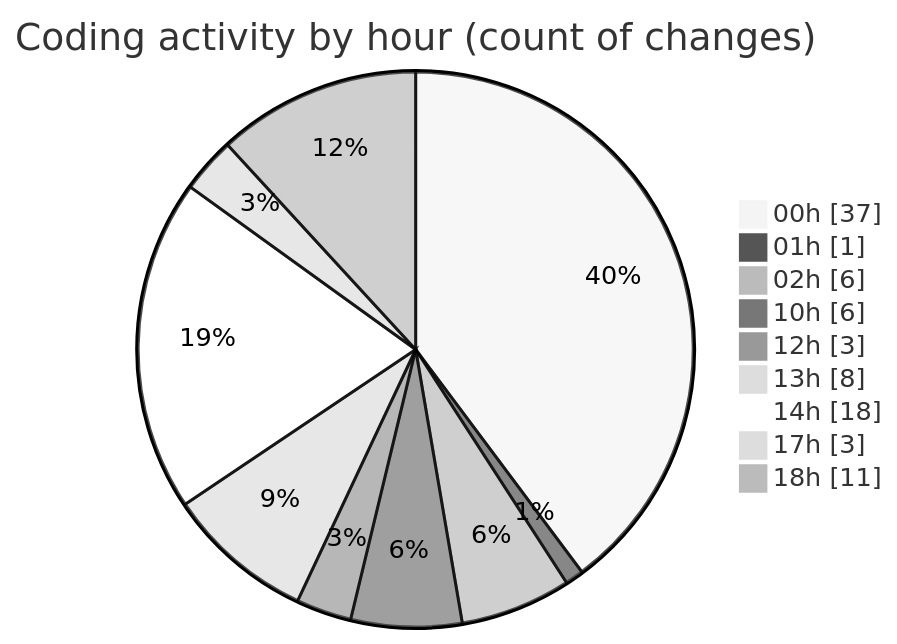
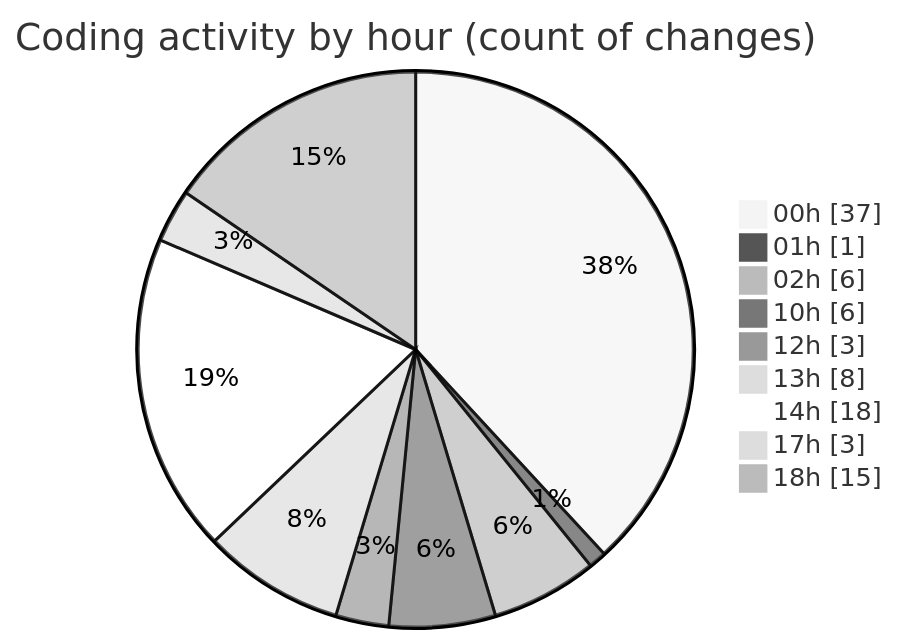
One commit to julien-gomy/code-tracking changed the second of 2 diagrams in 2025-11-20/eventscop-frontend-guide__workspace_/README.md. Above: the diagram before and after it, drawn with Mermaid (neutral theme). The commit also changed other lines of this file and 1 other file, not shown here.

````diff
--- a/2025-11-20/eventscop-frontend-guide__workspace_/README.md
+++ b/2025-11-20/eventscop-frontend-guide__workspace_/README.md
@@ -61,13 +62,13 @@
 ```mermaid
 pie showData
 title Coding activity by hour (count of changes)
 "00h" : 37
 "01h" : 1
 "02h" : 6
 "10h" : 6
 "12h" : 3
 "13h" : 8
 "14h" : 18
 "17h" : 3
-"18h" : 11
+"18h" : 15
 ```
````
